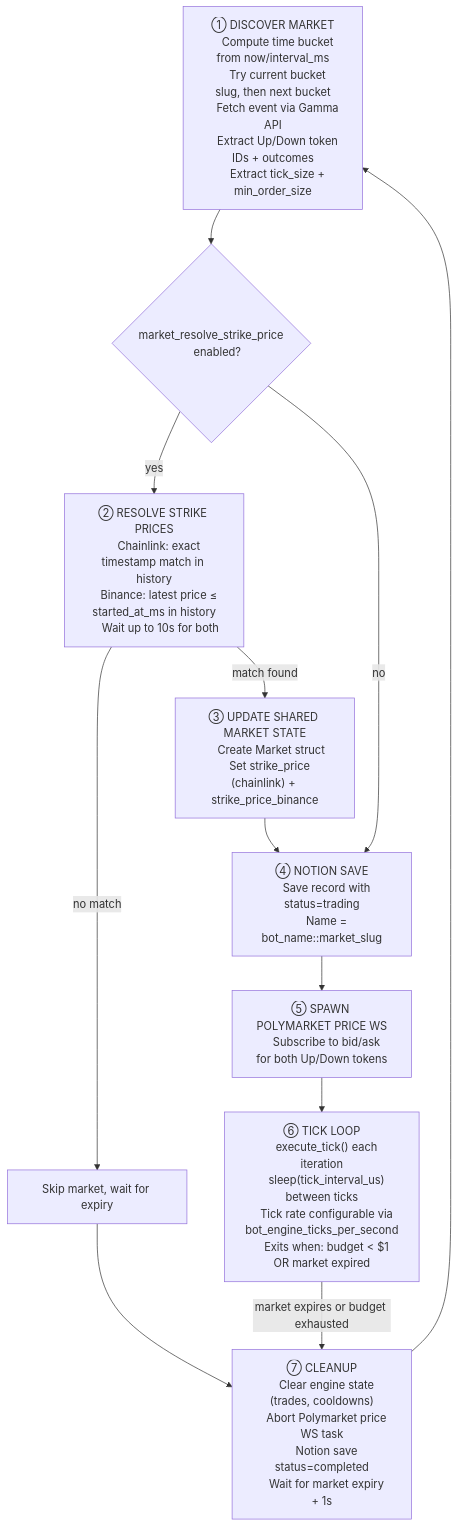
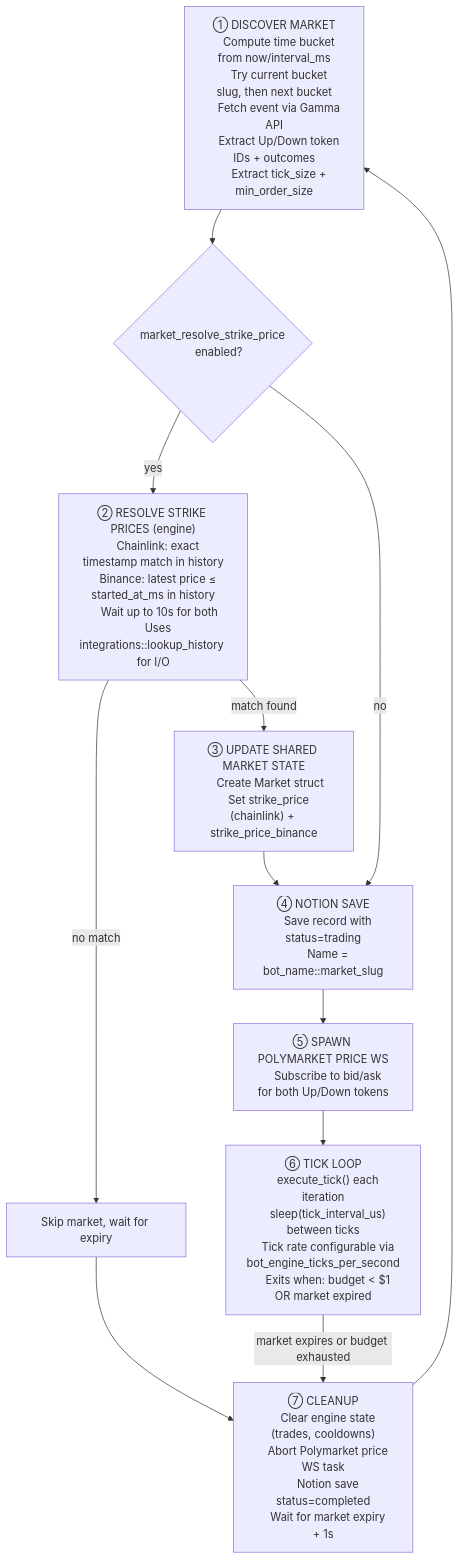
Before and after one commit to bbono/serekes: the second of 3 diagrams in docs/WORKFLOW.md, drawn with Mermaid. The commit also changed other lines of this file and 6 other files, not shown here.

````diff
--- a/docs/WORKFLOW.md
+++ b/docs/WORKFLOW.md
@@ -47,52 +47,53 @@
 ```mermaid
 flowchart TD
     S1["① DISCOVER MARKET
     Compute time bucket from now/interval_ms
     Try current bucket slug, then next bucket
     Fetch event via Gamma API
     Extract Up/Down token IDs + outcomes
     Extract tick_size + min_order_size"]
 
     S2{"market_resolve_strike_price
     enabled?"}
 
-    S2a["② RESOLVE STRIKE PRICES
+    S2a["② RESOLVE STRIKE PRICES (engine)
     Chainlink: exact timestamp match in history
     Binance: latest price ≤ started_at_ms in history
-    Wait up to 10s for both"]
+    Wait up to 10s for both
+    Uses integrations::lookup_history for I/O"]
 
     S3["③ UPDATE SHARED MARKET STATE
     Create Market struct
     Set strike_price (chainlink) + strike_price_binance"]
 
     S3a["④ NOTION SAVE
     Save record with status=trading
     Name = bot_name::market_slug"]
 
     S4["⑤ SPAWN POLYMARKET PRICE WS
     Subscribe to bid/ask for both Up/Down tokens"]
 
     S5["⑥ TICK LOOP
     execute_tick() each iteration
     sleep(tick_interval_us) between ticks
     Tick rate configurable via bot_engine_ticks_per_second
     Exits when: budget < $1 OR market expired"]
 
     S6["⑦ CLEANUP
     Clear engine state (trades, cooldowns)
     Abort Polymarket price WS task
     Notion save status=completed
     Wait for market expiry + 1s"]
 
     S1 --> S2
     S2 -->|yes| S2a
     S2a -->|no match| SKIP["Skip market, wait for expiry"]
     SKIP --> S6
     S2a -->|match found| S3
     S2 -->|no| S3a
     S3 --> S3a
     S3a --> S4
     S4 --> S5
     S5 -->|market expires or budget exhausted| S6
     S6 --> S1
 ```
````
